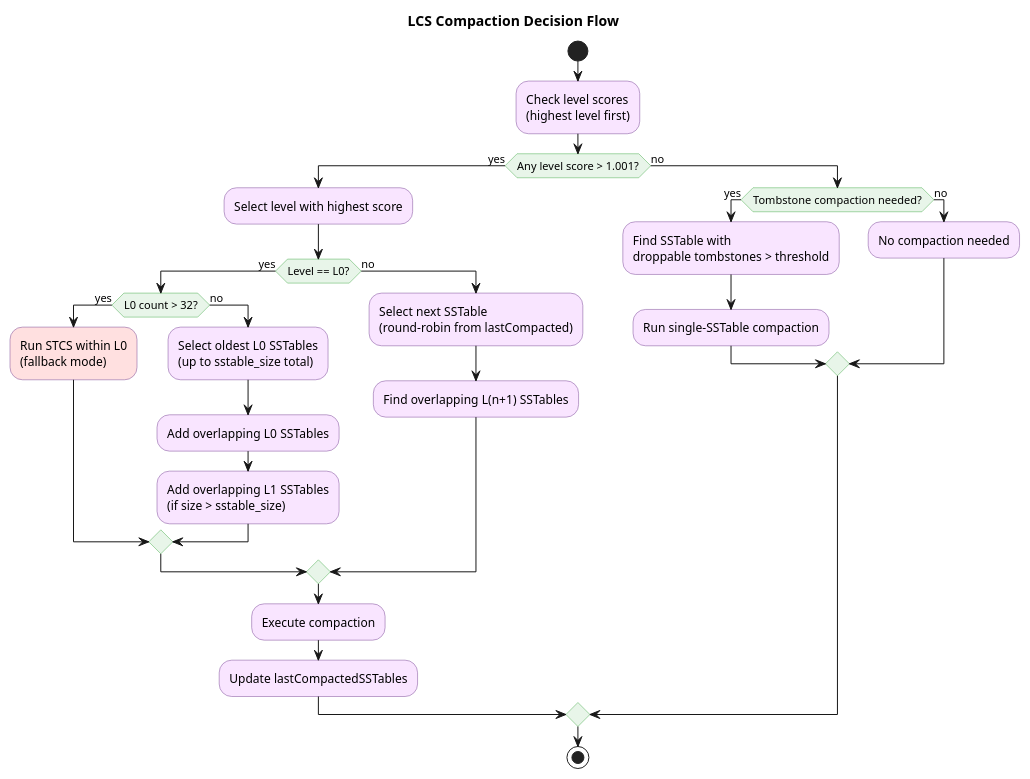
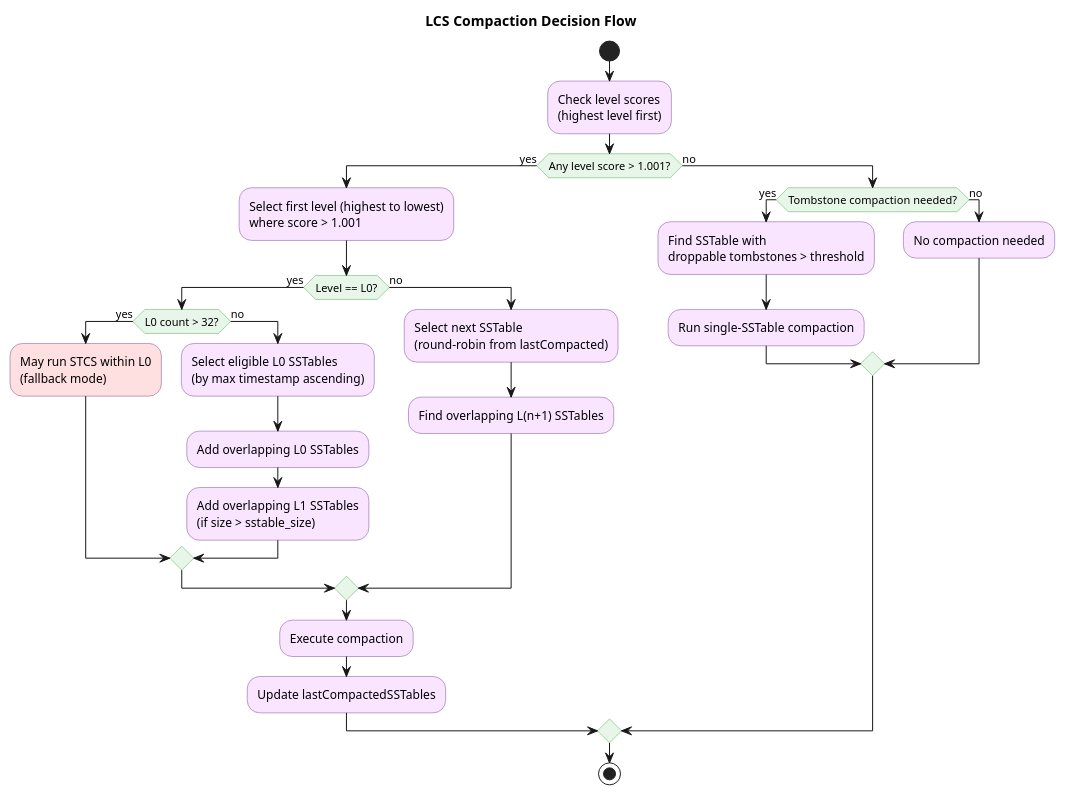
One commit to axonops/documentation changed the second of 2 diagrams in docs/data-platforms/cassandra/architecture/storage-engine/compaction/lcs.md. Above: the diagram before and after it, drawn with PlantUML. The commit also changed other lines of this file and 3 other files, not shown here.

````diff
--- a/docs/data-platforms/cassandra/architecture/storage-engine/compaction/lcs.md
+++ b/docs/data-platforms/cassandra/architecture/storage-engine/compaction/lcs.md
@@ -126,45 +126,45 @@
 ```plantuml
 @startuml
-skinparam backgroundColor transparent
+skinparam backgroundColor white
 skinparam ActivityBackgroundColor #F9E5FF
 skinparam ActivityBorderColor #7B4B96
 skinparam ActivityDiamondBackgroundColor #E8F5E9
 skinparam ActivityDiamondBorderColor #4CAF50
 
 title LCS Compaction Decision Flow
 
 start
 
 :Check level scores\n(highest level first);
 
 if (Any level score > 1.001?) then (yes)
-    :Select level with highest score;
+    :Select first level (highest to lowest)\nwhere score > 1.001;
 
     if (Level == L0?) then (yes)
         if (L0 count > 32?) then (yes)
-            #FFE0E0:Run STCS within L0\n(fallback mode);
+            #FFE0E0:May run STCS within L0\n(fallback mode);
         else (no)
-            :Select oldest L0 SSTables\n(up to sstable_size total);
+            :Select eligible L0 SSTables\n(by max timestamp ascending);
             :Add overlapping L0 SSTables;
             :Add overlapping L1 SSTables\n(if size > sstable_size);
         endif
     else (no)
         :Select next SSTable\n(round-robin from lastCompacted);
         :Find overlapping L(n+1) SSTables;
     endif
 
     :Execute compaction;
     :Update lastCompactedSSTables;
 
 else (no)
     if (Tombstone compaction needed?) then (yes)
         :Find SSTable with\ndroppable tombstones > threshold;
         :Run single-SSTable compaction;
     else (no)
         :No compaction needed;
     endif
 endif
 
 stop
 @enduml
 ```
````
